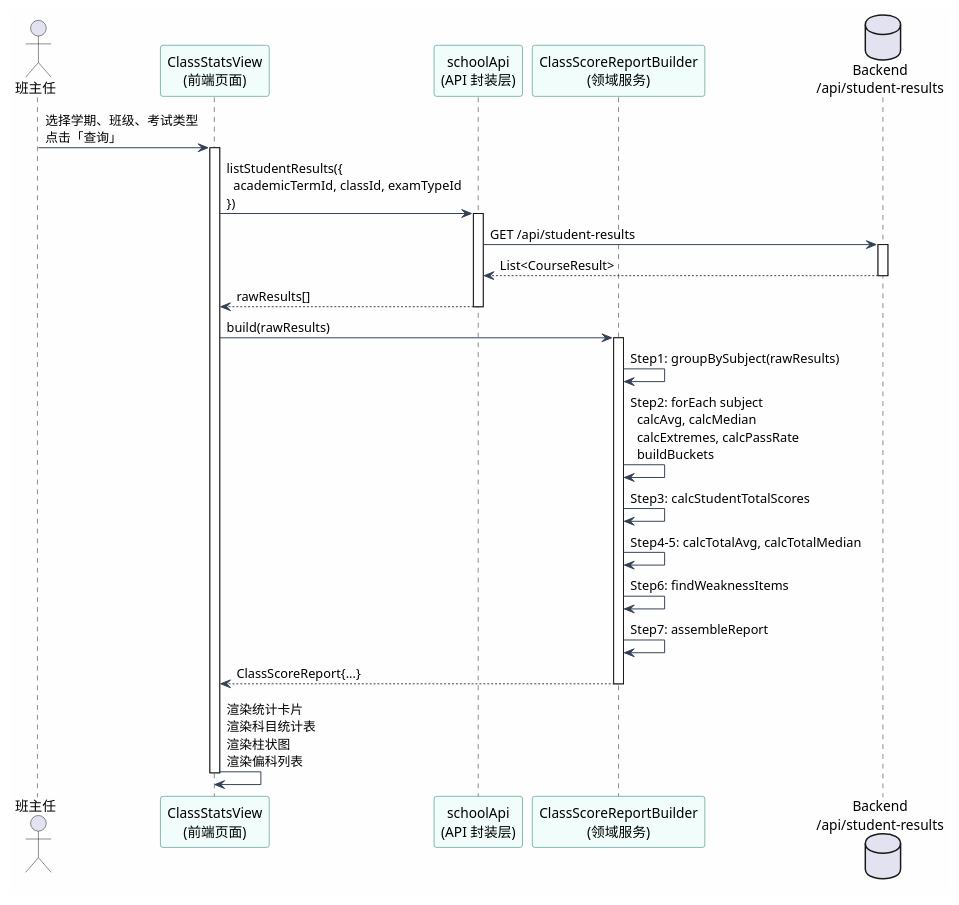
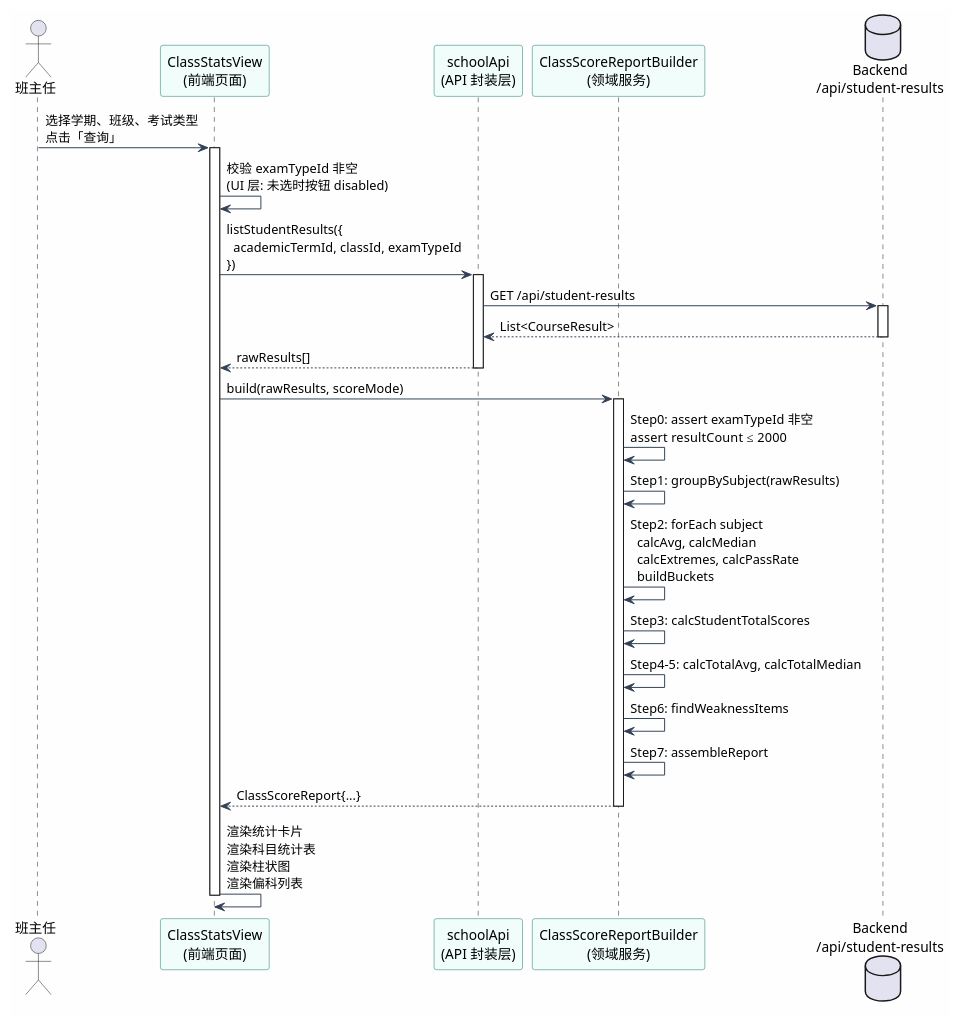
The sixth of 10 diagrams in doc/class-stats-design.md (fan807017570/xinshi-admin-backend), drawn with PlantUML before and after one commit. The commit also changed other lines of this file and 62 other files, not shown here.

````diff
--- a/doc/class-stats-design.md
+++ b/doc/class-stats-design.md
@@ -451,46 +553,49 @@
 ```plantuml
 @startuml 查询流程序列图
 skinparam backgroundColor #FEFEFE
 skinparam participantBackgroundColor #F0FDFA
 skinparam participantBorderColor #0F766E
 skinparam arrowColor #334155
 
 actor 班主任 as Teacher
 participant "ClassStatsView\n(前端页面)" as View
 participant "schoolApi\n(API 封装层)" as Api
 participant "ClassScoreReportBuilder\n(领域服务)" as Builder
 database "Backend\n/api/student-results" as Backend
 
 Teacher -> View : 选择学期、班级、考试类型\n点击「查询」
 activate View
 
+View -> View : 校验 examTypeId 非空\n(UI 层: 未选时按钮 disabled)
 View -> Api : listStudentResults({\n  academicTermId, classId, examTypeId\n})
 activate Api
 
 Api -> Backend : GET /api/student-results
 activate Backend
 Backend --> Api : List<CourseResult>
 deactivate Backend
 
 Api --> View : rawResults[]
 deactivate Api
 
-View -> Builder : build(rawResults)
+View -> Builder : build(rawResults, scoreMode)
 activate Builder
+
+Builder -> Builder : Step0: assert examTypeId 非空\nassert resultCount ≤ 2000
 
 Builder -> Builder : Step1: groupBySubject(rawResults)
 Builder -> Builder : Step2: forEach subject\n  calcAvg, calcMedian\n  calcExtremes, calcPassRate\n  buildBuckets
 Builder -> Builder : Step3: calcStudentTotalScores
 Builder -> Builder : Step4-5: calcTotalAvg, calcTotalMedian
 Builder -> Builder : Step6: findWeaknessItems
 Builder -> Builder : Step7: assembleReport
 
 Builder --> View : ClassScoreReport{...}
 deactivate Builder
 
 View -> View : 渲染统计卡片\n渲染科目统计表\n渲染柱状图\n渲染偏科列表
 
 deactivate View
 
 @enduml
 ```
````
